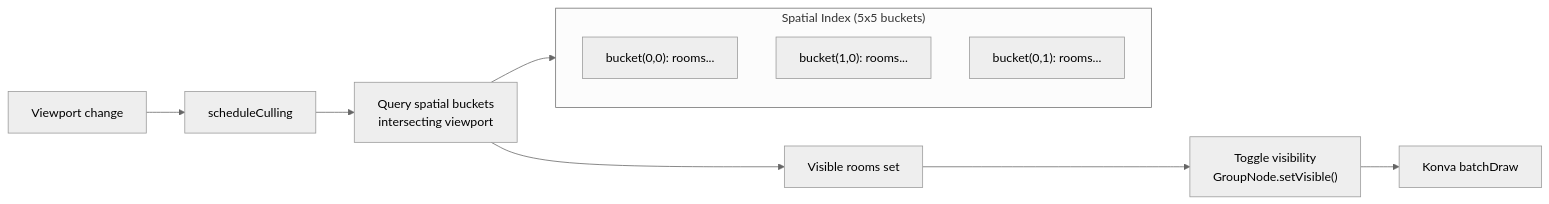
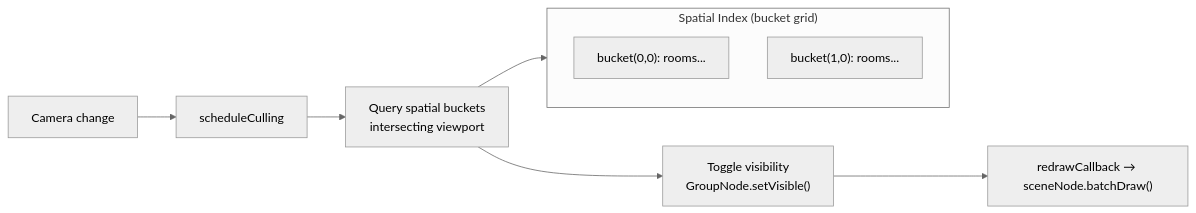
Diagram 12 of 12 in docs/architecture.md (Delwing/mudlet-map-renderer), drawn with Mermaid (neutral theme) before and after one commit. The commit also changed other lines of this file, not shown here.

Commit message:
Update architecture.md to reflect unified renderer refactor

````diff
--- a/docs/architecture.md
+++ b/docs/architecture.md
@@ -370,16 +413,14 @@
 ```mermaid
 flowchart LR
-    VP[Viewport change] --> SC[scheduleCulling]
+    CAM[Camera change] --> SC[scheduleCulling]
     SC --> QB[Query spatial buckets<br/>intersecting viewport]
-    QB --> VR[Visible rooms set]
-    VR --> TV["Toggle visibility<br/>GroupNode.setVisible()"]
-    TV --> BD[Konva batchDraw]
+    QB --> TV["Toggle visibility<br/>GroupNode.setVisible()"]
+    TV --> CB["redrawCallback → sceneNode.batchDraw()"]
 
-    subgraph SpatialIndex["Spatial Index (5x5 buckets)"]
+    subgraph SpatialIndex["Spatial Index (bucket grid)"]
         B1["bucket(0,0): rooms..."]
         B2["bucket(1,0): rooms..."]
-        B3["bucket(0,1): rooms..."]
     end
 
     QB --> SpatialIndex
 ```
````
